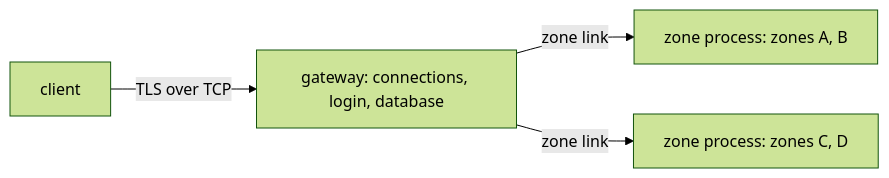
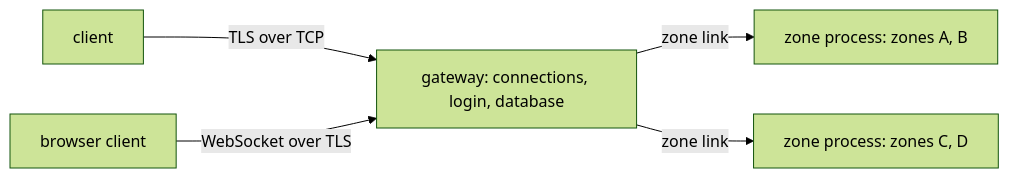
One commit to kaio-souza/mmo-rpg changed the first of 2 diagrams in docs/architecture.md. Above: the diagram before and after it, drawn with Mermaid (forest theme). The commit also changed other lines of this file and 47 other files, not shown here.

First line of the commit message:
feat: browser client (wasm32) and WebSocket listener

````diff
--- a/docs/architecture.md
+++ b/docs/architecture.md
@@ -7,6 +7,7 @@
 ```mermaid
 graph LR
     C[client] -- TLS over TCP --> G[gateway: connections, login, database]
+    B[browser client] -- WebSocket over TLS --> G
     G -- zone link --> Z1[zone process: zones A, B]
     G -- zone link --> Z2[zone process: zones C, D]
 ```
````
